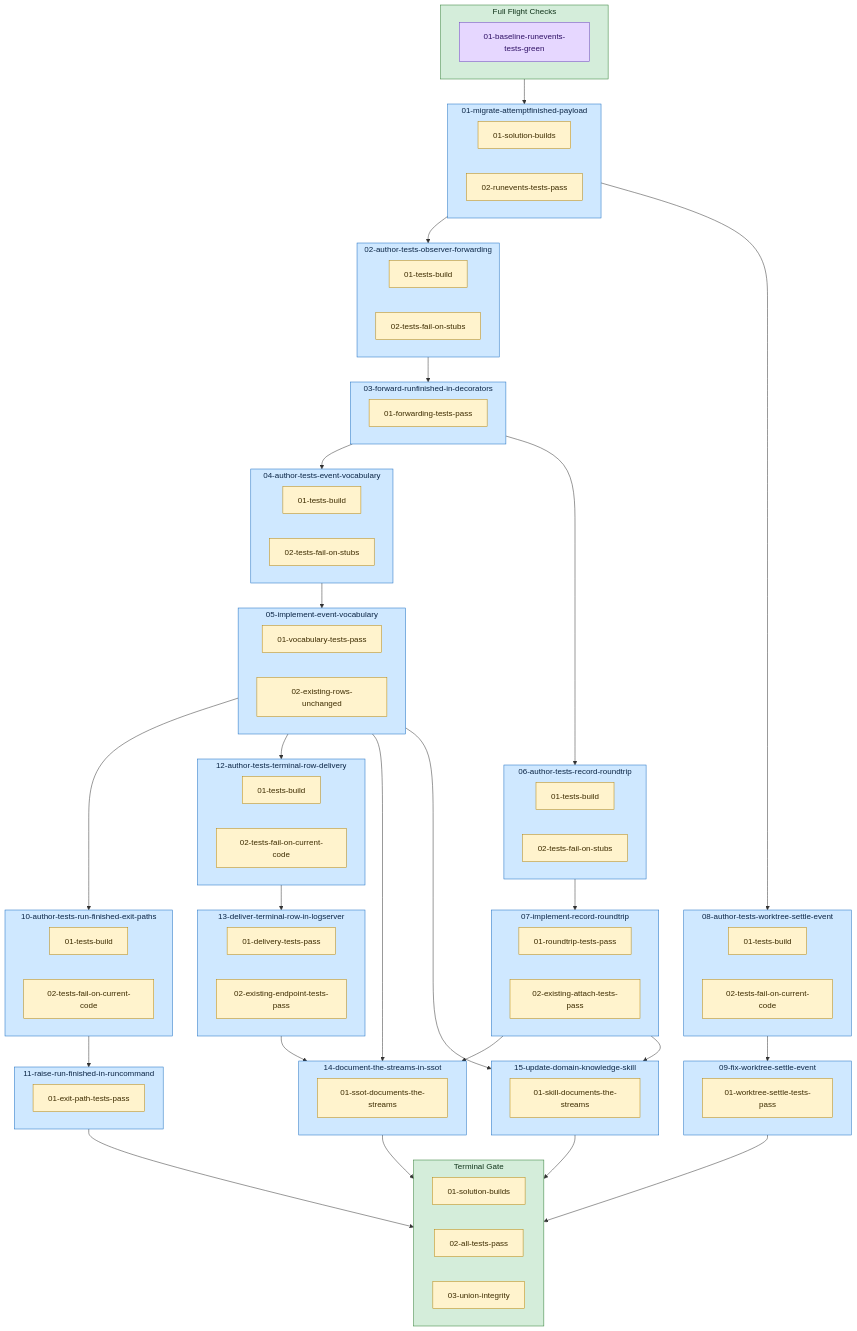
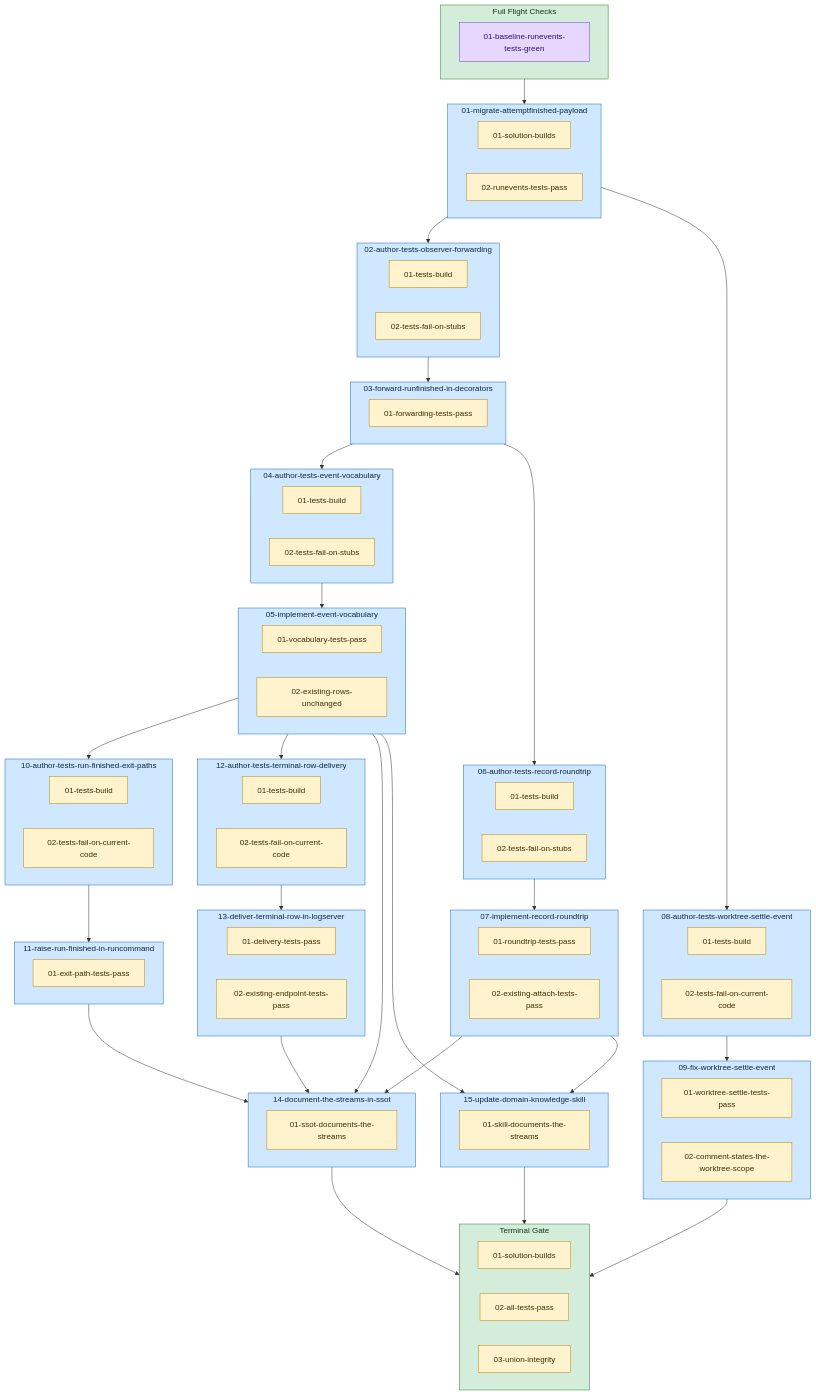
The diagram in docs/plans/35-event-vocabulary/diagram.md (Servant-Software-LLC/Guardrails), drawn with Mermaid before and after one commit. The commit also changed other lines of this file and 24 other files, not shown here.

```diff
--- a/docs/plans/35-event-vocabulary/diagram.md
+++ b/docs/plans/35-event-vocabulary/diagram.md
@@ -47,6 +47,7 @@
   style task_08_author_tests_worktree_settle_event fill:#cfe8ff,stroke:#1b6ec2,color:#0b2545;
   subgraph task_09_fix_worktree_settle_event["09-fix-worktree-settle-event"]
     task_09_fix_worktree_settle_event_gr_0["01-worktree-settle-tests-pass"]:::guardrail
+    task_09_fix_worktree_settle_event_gr_1["02-comment-states-the-worktree-scope"]:::guardrail
   end
   style task_09_fix_worktree_settle_event fill:#cfe8ff,stroke:#1b6ec2,color:#0b2545;
   subgraph task_10_author_tests_run_finished_exit_paths["10-author-tests-run-finished-exit-paths"]
@@ -98,10 +99,10 @@
   task_07_implement_record_roundtrip --> task_15_update_domain_knowledge_skill
   task_08_author_tests_worktree_settle_event --> task_09_fix_worktree_settle_event
   task_10_author_tests_run_finished_exit_paths --> task_11_raise_run_finished_in_runcommand
+  task_11_raise_run_finished_in_runcommand --> task_14_document_the_streams_in_ssot
   task_12_author_tests_terminal_row_delivery --> task_13_deliver_terminal_row_in_logserver
   task_13_deliver_terminal_row_in_logserver --> task_14_document_the_streams_in_ssot
   task_09_fix_worktree_settle_event --> plan_guardrails
-  task_11_raise_run_finished_in_runcommand --> plan_guardrails
   task_14_document_the_streams_in_ssot --> plan_guardrails
   task_15_update_domain_knowledge_skill --> plan_guardrails
   classDef preflight fill:#e6d7ff,stroke:#6f42c1,color:#2e1065;
```
